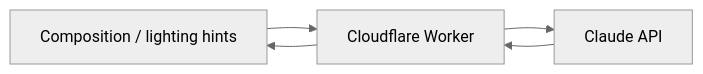
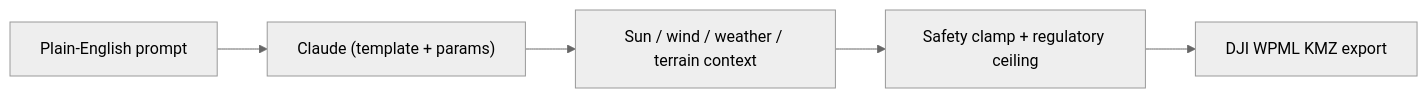
The diagram in site/src/content/work/shotkit.md (stewartburton/stewartburton.github.io), drawn with Mermaid (neutral theme) before and after one commit. The commit also changed other lines of this file and 6 other files, not shown here.

````diff
--- a/site/src/content/work/shotkit.md
+++ b/site/src/content/work/shotkit.md
@@ -20,7 +20,7 @@
 ```mermaid
 flowchart LR
-    Client["Browser / Phone camera"] --> Edge["Cloudflare Worker"]
-    Edge --> Claude["Claude API"]
-    Claude --> Edge
-    Edge --> Client["Composition / lighting hints"]
+    Prompt["Plain-English prompt"] --> Claude["Claude (template + params)"]
+    Claude --> Context["Sun / wind / weather / terrain context"]
+    Context --> Clamp["Safety clamp + regulatory ceiling"]
+    Clamp --> KMZ["DJI WPML KMZ export"]
 ```
````
